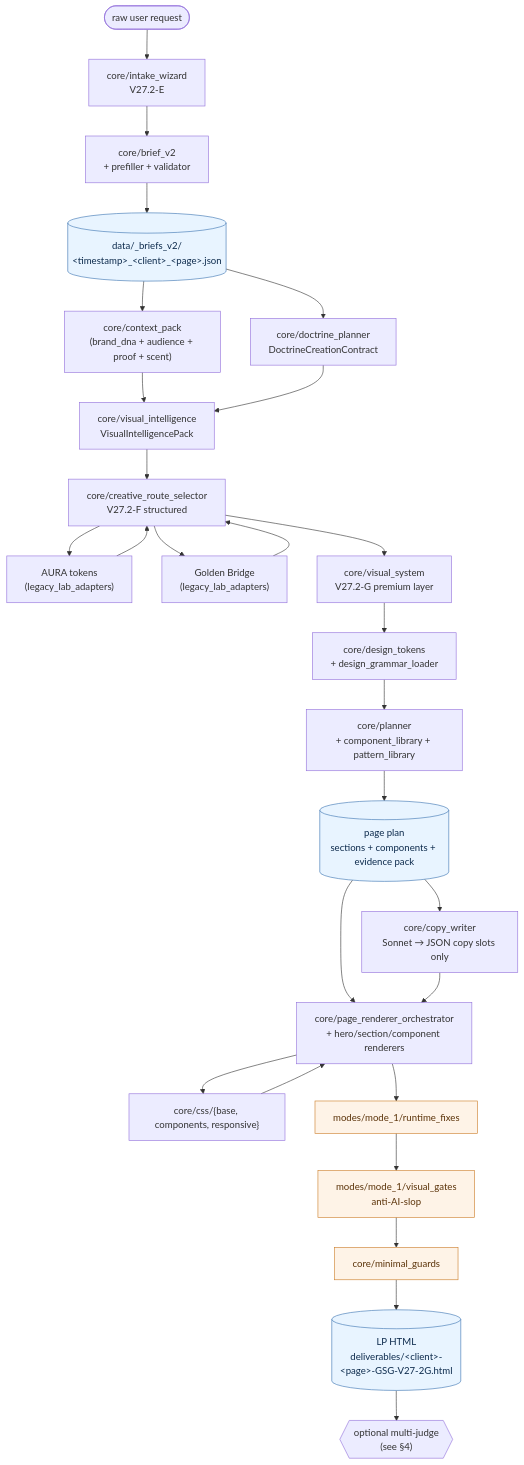
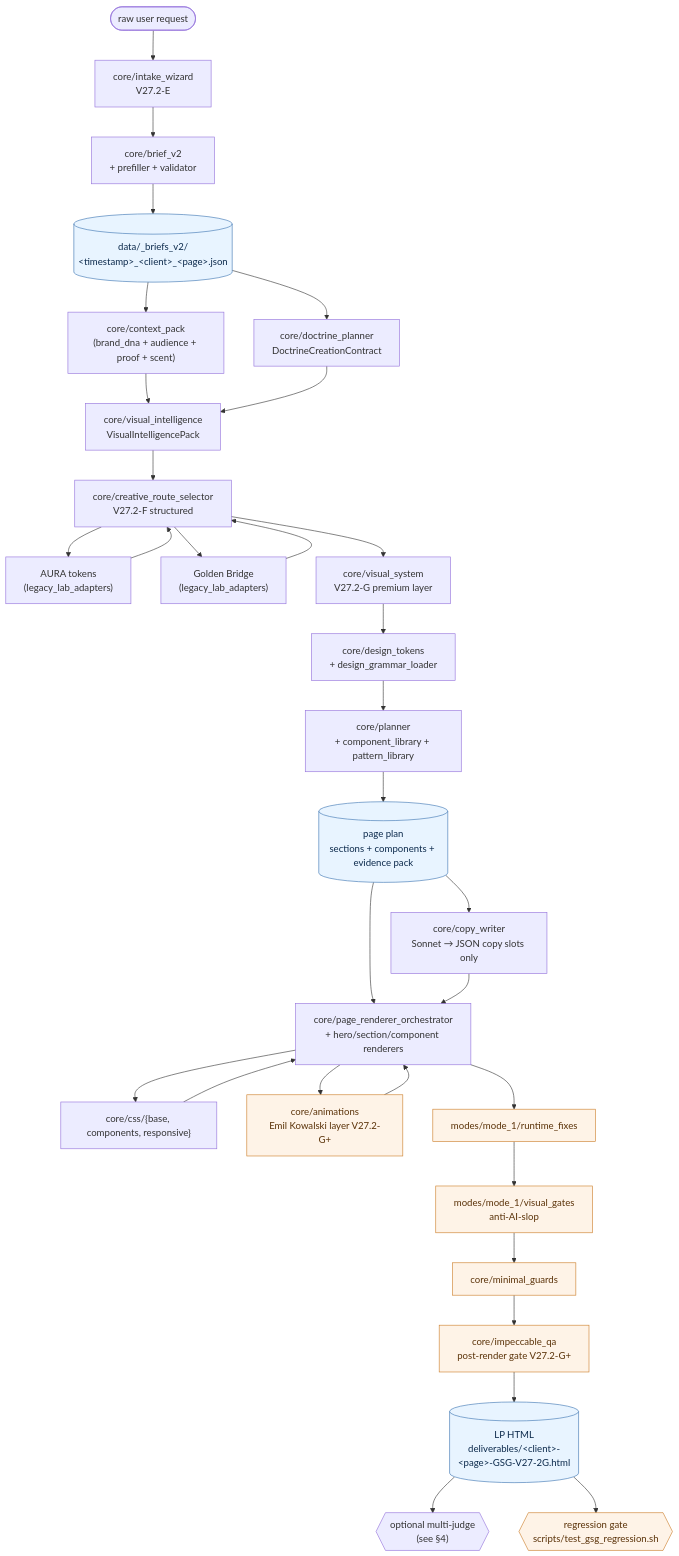
One commit to GrowthSociety-GS/growth-cro changed the third of 6 diagrams in .claude/docs/state/WEBAPP_ARCHITECTURE_MAP.md. Above: the diagram before and after it, drawn with Mermaid. The commit also changed other lines of this file and 1 other file, not shown here.

````diff
--- a/.claude/docs/state/WEBAPP_ARCHITECTURE_MAP.md
+++ b/.claude/docs/state/WEBAPP_ARCHITECTURE_MAP.md
@@ -172,35 +172,39 @@
 ```mermaid
 flowchart TD
     Raw([raw user request]) --> Intake["core/intake_wizard<br/>V27.2-E"]
     Intake --> BriefBuilder["core/brief_v2<br/>+ prefiller + validator"]
     Brief[("data/_briefs_v2/<br/>&lt;timestamp&gt;_&lt;client&gt;_&lt;page&gt;.json")]
     BriefBuilder --> Brief
     Brief --> ContextPack["core/context_pack<br/>(brand_dna + audience + proof + scent)"]
     Brief --> DoctrinePack["core/doctrine_planner<br/>DoctrineCreationContract"]
     ContextPack --> VisualInt["core/visual_intelligence<br/>VisualIntelligencePack"]
     DoctrinePack --> VisualInt
     VisualInt --> RouteSelector["core/creative_route_selector<br/>V27.2-F structured"]
     RouteSelector --> AURA["AURA tokens<br/>(legacy_lab_adapters)"]
     RouteSelector --> GoldenBridge["Golden Bridge<br/>(legacy_lab_adapters)"]
     AURA --> RouteSelector
     GoldenBridge --> RouteSelector
     RouteSelector --> VisualSystem["core/visual_system<br/>V27.2-G premium layer"]
     VisualSystem --> Tokens["core/design_tokens<br/>+ design_grammar_loader"]
     Tokens --> Planner["core/planner<br/>+ component_library + pattern_library"]
     Planner --> Plan[("page plan<br/>sections + components + evidence pack")]
     Plan --> CopyWriter["core/copy_writer<br/>Sonnet → JSON copy slots only"]
     Plan --> Renderer["core/page_renderer_orchestrator<br/>+ hero/section/component renderers"]
     CopyWriter --> Renderer
     Renderer --> CSS["core/css/{base, components, responsive}"]
     CSS --> Renderer
+    Renderer --> Animations["core/animations<br/>Emil Kowalski layer V27.2-G+"]
+    Animations --> Renderer
     Renderer --> RuntimeFixes["modes/mode_1/runtime_fixes"]
     RuntimeFixes --> VisualGates["modes/mode_1/visual_gates<br/>anti-AI-slop"]
     VisualGates --> MinimalGuards["core/minimal_guards"]
-    MinimalGuards --> HTML[("LP HTML<br/>deliverables/&lt;client&gt;-&lt;page&gt;-GSG-V27-2G.html")]
+    MinimalGuards --> ImpeccableQA["core/impeccable_qa<br/>post-render gate V27.2-G+"]
+    ImpeccableQA --> HTML[("LP HTML<br/>deliverables/&lt;client&gt;-&lt;page&gt;-GSG-V27-2G.html")]
     HTML --> MJOpt{{"optional multi-judge<br/>(see §4)"}}
+    HTML --> RegGate{{"regression gate<br/>scripts/test_gsg_regression.sh"}}
 
     classDef artefact fill:#e8f4ff,stroke:#3a73b0,color:#0c2a4c;
     classDef gate fill:#fef3e7,stroke:#cc7d28,color:#5a3208;
     class Brief,Plan,HTML artefact;
-    class RuntimeFixes,VisualGates,MinimalGuards gate;
+    class RuntimeFixes,VisualGates,MinimalGuards,Animations,ImpeccableQA,RegGate gate;
 ```
````
